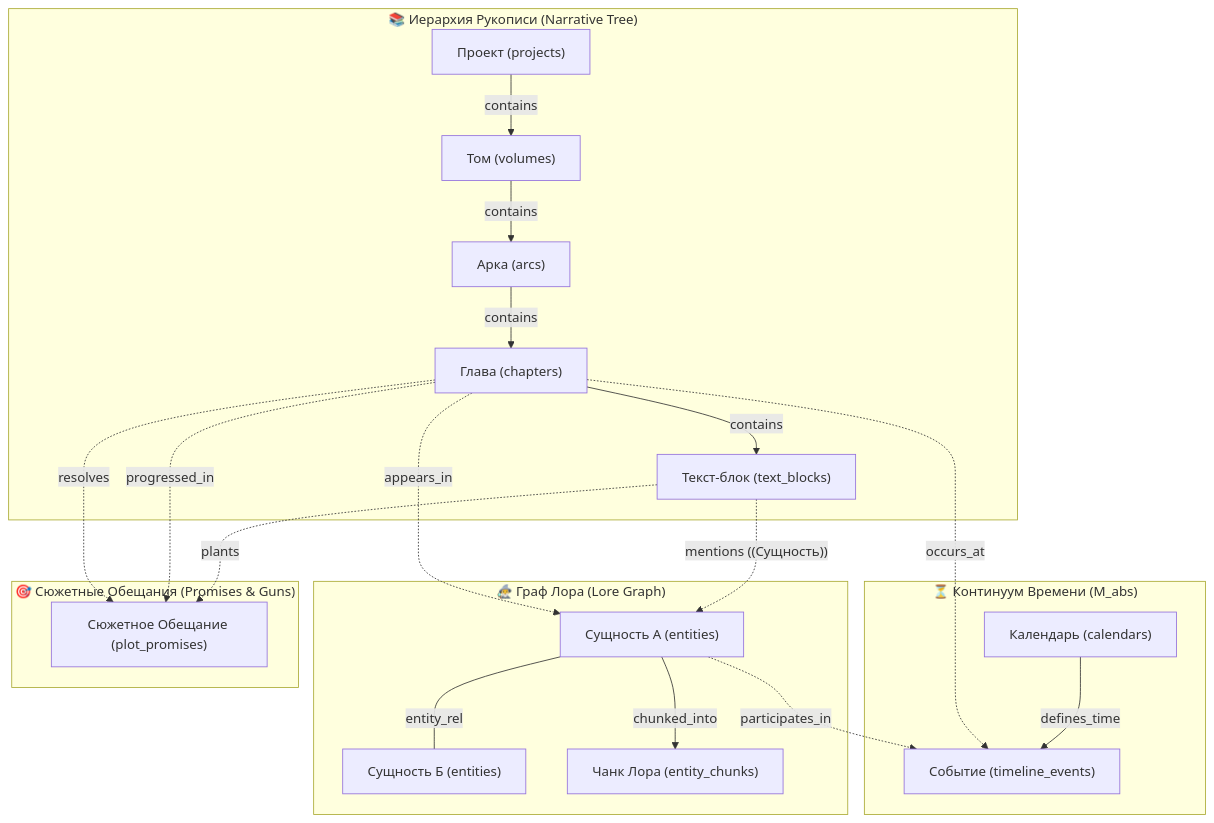
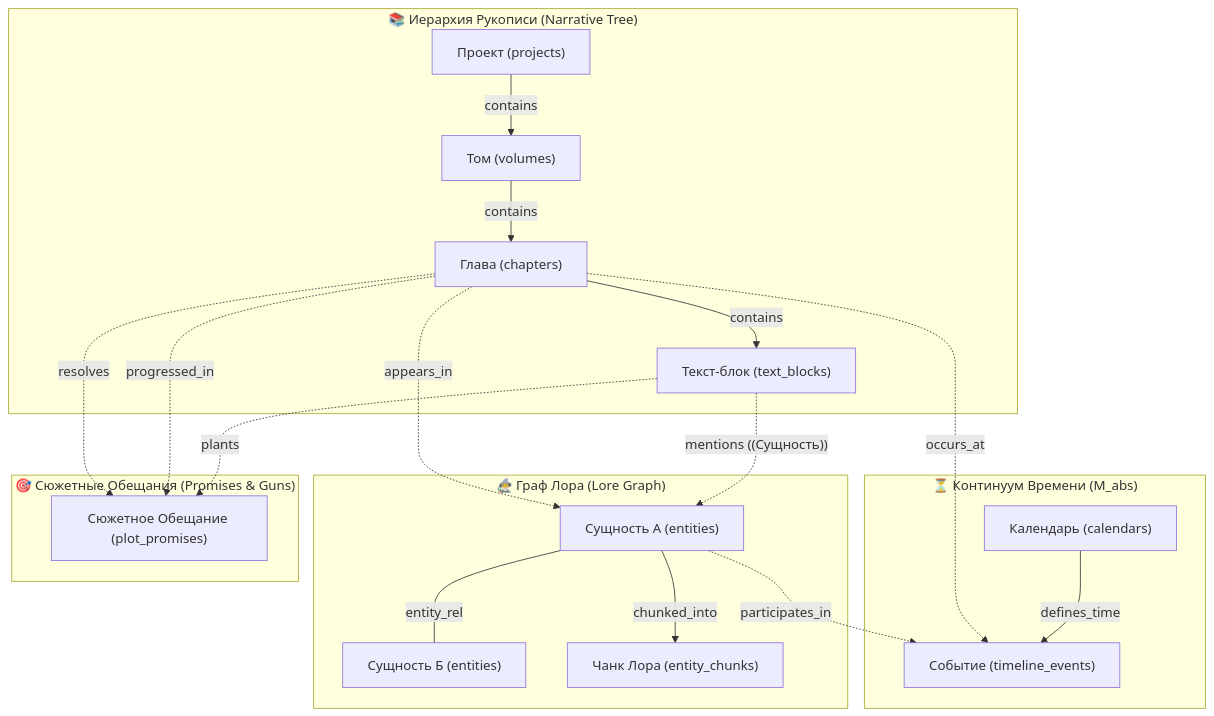
One commit to nagisokyn-prog/WorldWiki changed the first of 2 diagrams in apps/spa/src/logic/README_Logic.md. Above: the diagram before and after it, drawn with Mermaid. The commit also changed other lines of this file and 81 other files, not shown here.

Commit message:
feat: implement core manuscript management, AI integration features, and database schemas

````diff
--- a/apps/spa/src/logic/README_Logic.md
+++ b/apps/spa/src/logic/README_Logic.md
@@ -60,46 +60,44 @@
 ```mermaid
 flowchart TD
     subgraph Narrative_Layer ["📚 Иерархия Рукописи (Narrative Tree)"]
         Project["Проект (projects)"]
         Volume["Том (volumes)"]
-        Arc["Арка (arcs)"]
         Chapter["Глава (chapters)"]
         TextBlock["Текст-блок (text_blocks)"]
 
         Project -->|contains| Volume
-        Volume -->|contains| Arc
-        Arc -->|contains| Chapter
+        Volume -->|contains| Chapter
         Chapter -->|contains| TextBlock
     end
 
     subgraph Knowledge_Layer ["🧙‍♂️ Граф Лора (Lore Graph)"]
         EntityA["Сущность А (entities)"]
         EntityB["Сущность Б (entities)"]
         EntityChunk["Чанк Лора (entity_chunks)"]
 
         EntityA ---|"entity_rel"| EntityB
         EntityA -->|"chunked_into"| EntityChunk
     end
 
     subgraph Timeline_Layer ["⏳ Континуум Времени (M_abs)"]
         Calendar["Календарь (calendars)"]
         TimelineEvent["Событие (timeline_events)"]
 
         Calendar -->|"defines_time"| TimelineEvent
     end
 
     subgraph Plot_Layer ["🎯 Сюжетные Обещания (Promises & Guns)"]
         PlotPromise["Сюжетное Обещание (plot_promises)"]
     end
 
     %% Межслойные Графовые Связи для GraphRAG
     TextBlock -.->|"mentions ((Сущность))"| EntityA
     Chapter -.->|"appears_in"| EntityA
 
     Chapter -.->|"occurs_at"| TimelineEvent
     EntityA -.->|"participates_in"| TimelineEvent
 
     TextBlock -.->|"plants"| PlotPromise
     Chapter -.->|"progressed_in"| PlotPromise
     Chapter -.->|"resolves"| PlotPromise
 ```
````
